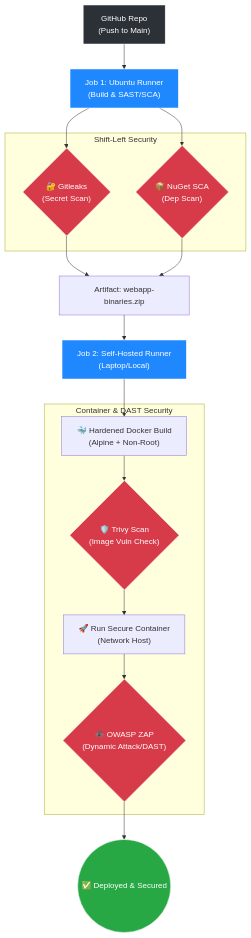
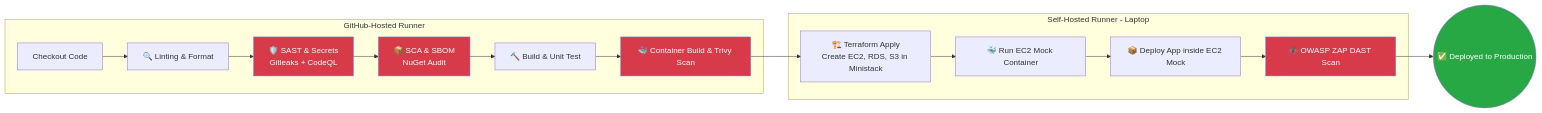
One commit to lukmanulhakimdevops/devops_practical_test_ministack-local-ci-cd-aws-mock changed the diagram in README.md. Above: the diagram before and after it, drawn with Mermaid. The commit also changed other lines of this file, not shown here.

````diff
--- a/README.md
+++ b/README.md
@@ -38,34 +41,27 @@
 ```mermaid
-flowchart TD
-    A["GitHub Repo<br>(Push to Main)"] --> B["Job 1: Ubuntu Runner<br>(Build & SAST/SCA)"]
-    
-    subgraph Security_Layer_1_2 [Shift-Left Security]
-        C{"🔐 Gitleaks<br>(Secret Scan)"} 
-        D{"📦 NuGet SCA<br>(Dep Scan)"}
-    end
-    
-    B --> C & D
-    C & D --> E["Artifact: webapp-binaries.zip"]
-    
-    E --> F["Job 2: Self-Hosted Runner<br>(Laptop/Local)"]
-    
-    subgraph Security_Layer_3_4_5 [Container & DAST Security]
-        G["🐳 Hardened Docker Build<br>(Alpine + Non-Root)"]
-        H{"🛡️ Trivy Scan<br>(Image Vuln Check)"}
-        I["🚀 Run Secure Container<br>(Network Host)"]
-        J{"🕷️ OWASP ZAP<br>(Dynamic Attack/DAST)"}
+flowchart LR
+    subgraph GH [GitHub-Hosted Runner]
+        A[Checkout Code] --> B[🔍 Linting & Format]
+        B --> C[🛡️ SAST & Secrets<br/>Gitleaks + CodeQL]
+        C --> D[📦 SCA & SBOM<br/>NuGet Audit]
+        D --> E[🔨 Build & Unit Test]
+        E --> F[🐳 Container Build & Trivy Scan]
     end
 
-    F --> G --> H --> I --> J
-    J --> K(("✅ Deployed & Secured"))
+    subgraph SHR [Self-Hosted Runner - Laptop]
+        G[🏗️ Terraform Apply<br/>Create EC2, RDS, S3 in Ministack]
+        H[🐳 Run EC2 Mock Container]
+        I[📦 Deploy App inside EC2 Mock]
+        J[🕷️ OWASP ZAP DAST Scan]
+    end
 
-    %% Styling
-    style A fill:#2b3137,stroke:#fafbfc,color:#fff
-    style B fill:#2088FF,stroke:#fafbfc,color:#fff
-    style F fill:#2088FF,stroke:#fafbfc,color:#fff
-    style C fill:#d73a49,stroke:#fff,color:#fff
-    style D fill:#d73a49,stroke:#fff,color:#fff
-    style H fill:#d73a49,stroke:#fff,color:#fff
-    style J fill:#d73a49,stroke:#fff,color:#fff
-    style K fill:#28a745,stroke:#fff,color:#fff
+    F --> G
+    G --> H --> I --> J
+    J --> K((✅ Deployed to Production))
+
+    style C fill:#d73a49,color:#fff
+    style D fill:#d73a49,color:#fff
+    style F fill:#d73a49,color:#fff
+    style J fill:#d73a49,color:#fff
+    style K fill:#28a745,color:#fff
 ```
````
